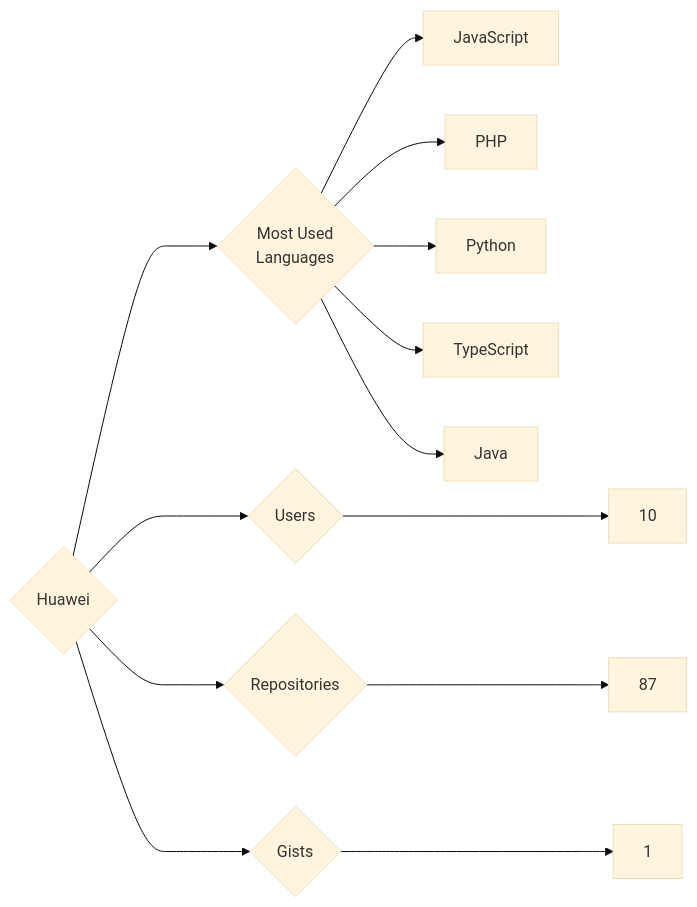
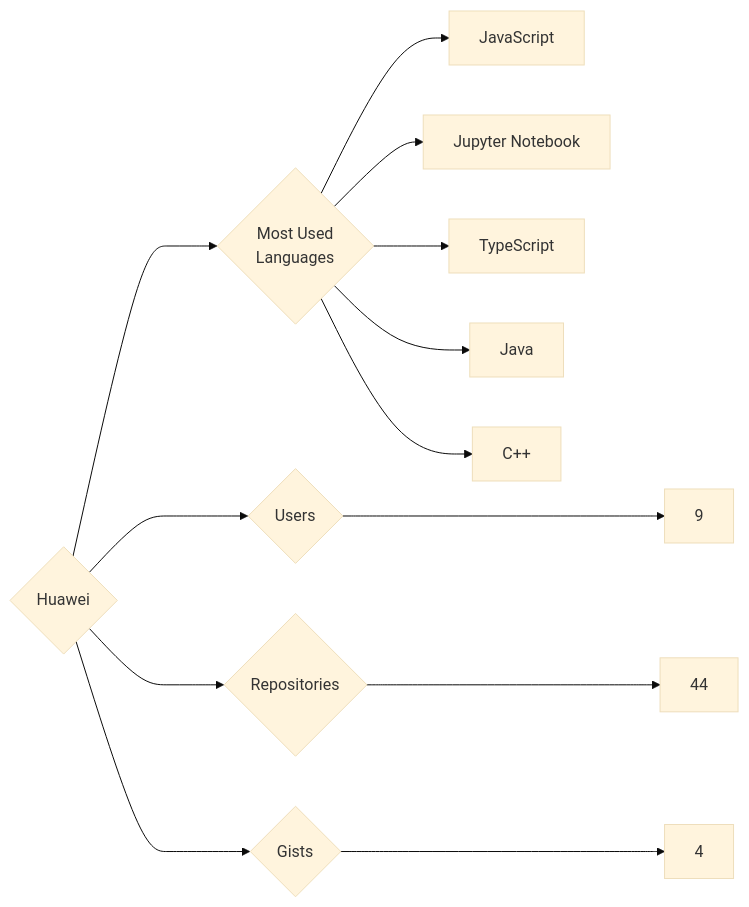
The diagram in targets/Huawei/README.md (trickest/insiders), drawn with Mermaid (base theme) before and after one commit. The commit also changed 857 other files, not shown here.

````diff
--- a/targets/Huawei/README.md
+++ b/targets/Huawei/README.md
@@ -3,13 +3,13 @@
 ```mermaid
 graph LR
 COMPANY_NAME{Huawei}
-COMPANY_NAME ---> U{Users} ---> UN[10]
-COMPANY_NAME ---> R{Repositories} ---> RN[87]
-COMPANY_NAME ---> G{Gists} ---> GN[1]
+COMPANY_NAME ---> U{Users} ---> UN[9]
+COMPANY_NAME ---> R{Repositories} ---> RN[44]
+COMPANY_NAME ---> G{Gists} ---> GN[4]
 COMPANY_NAME ---> ML{Most Used<br>Languages}
 ML --> JavaScript[JavaScript]
-ML --> PHP[PHP]
-ML --> Python[Python]
+ML --> Jupyter_Notebook[Jupyter Notebook]
 ML --> TypeScript[TypeScript]
 ML --> Java[Java]
+ML --> C++[C++]
 ```
````
